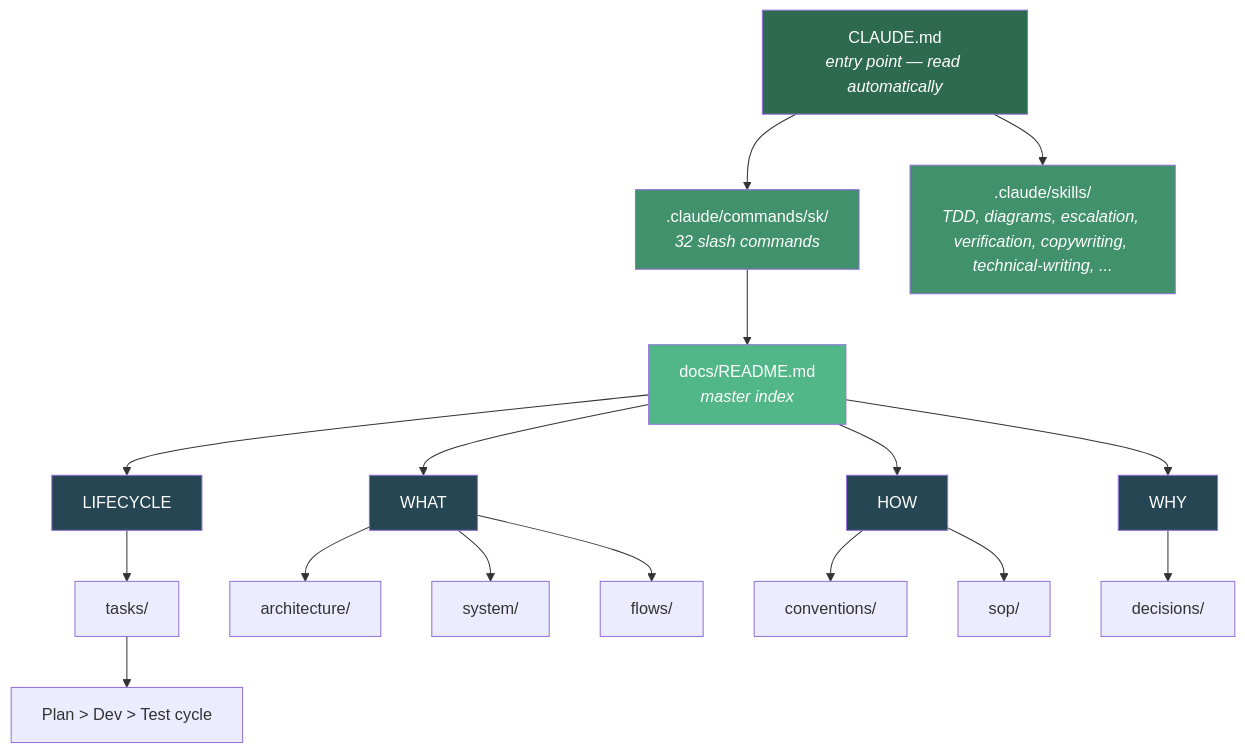
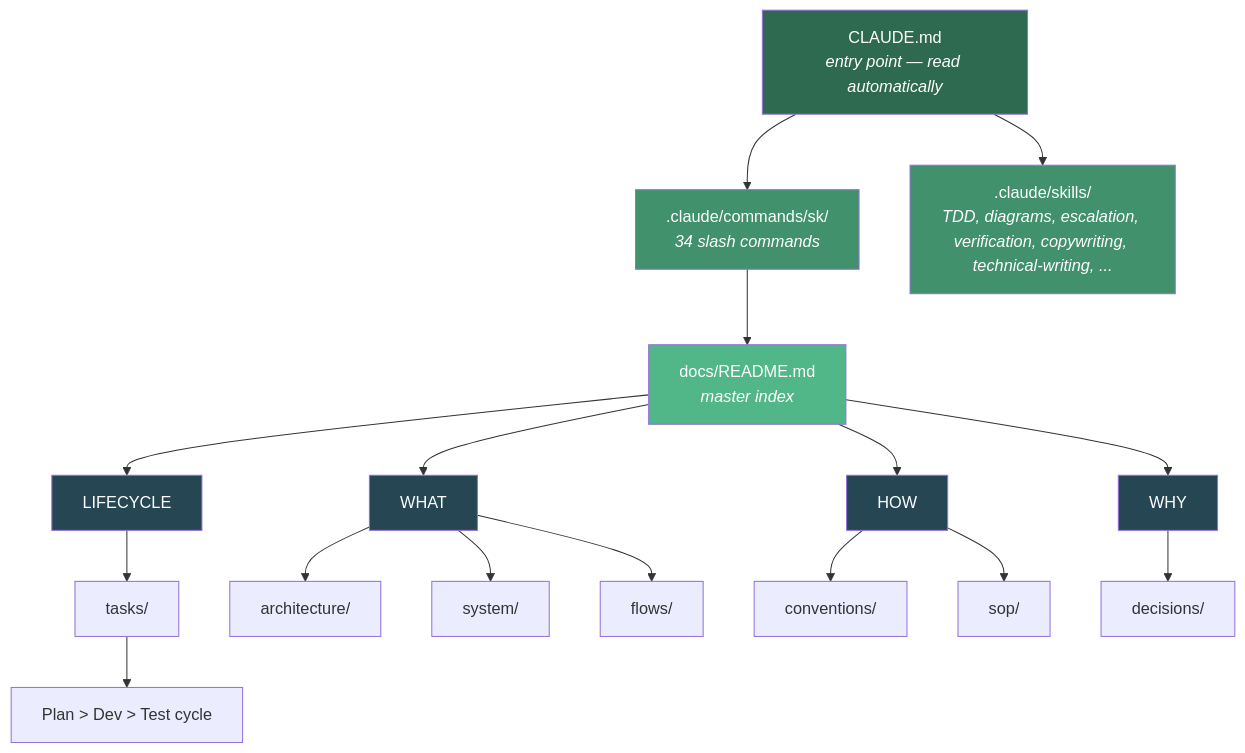
Before and after one commit to moniav/sk: the first of 5 diagrams in Readme.md, drawn with Mermaid. The commit also changed other lines of this file and 44 other files, not shown here.

````diff
--- a/Readme.md
+++ b/Readme.md
@@ -32,32 +32,32 @@
 ```mermaid
 graph TD
-    A["CLAUDE.md<br/><i>entry point — read automatically</i>"] --> B[".claude/commands/sk/<br/><i>32 slash commands</i>"]
+    A["CLAUDE.md<br/><i>entry point — read automatically</i>"] --> B[".claude/commands/sk/<br/><i>34 slash commands</i>"]
     A --> B2[".claude/skills/<br/><i>TDD, diagrams, escalation, verification, copywriting, technical-writing, ...</i>"]
     B --> C["docs/README.md<br/><i>master index</i>"]
 
     C --> D["LIFECYCLE"]
     C --> E["WHAT"]
     C --> F["WHY"]
     C --> G["HOW"]
 
     D --> D1["tasks/"]
     D1 --> D2["Plan > Dev > Test cycle"]
 
     E --> E1["architecture/"]
     E --> E2["system/"]
     E --> E3["flows/"]
 
     G --> G1["conventions/"]
     G --> G2["sop/"]
 
     F --> F1["decisions/"]
 
     style A fill:#2d6a4f,color:#fff
     style B fill:#40916c,color:#fff
     style B2 fill:#40916c,color:#fff
     style C fill:#52b788,color:#fff
     style D fill:#264653,color:#fff
     style E fill:#264653,color:#fff
     style F fill:#264653,color:#fff
     style G fill:#264653,color:#fff
 ```
````
